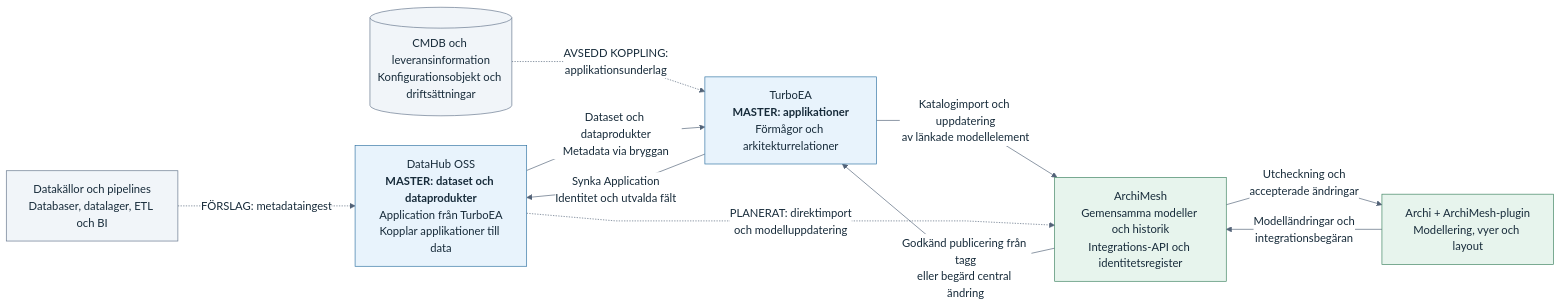
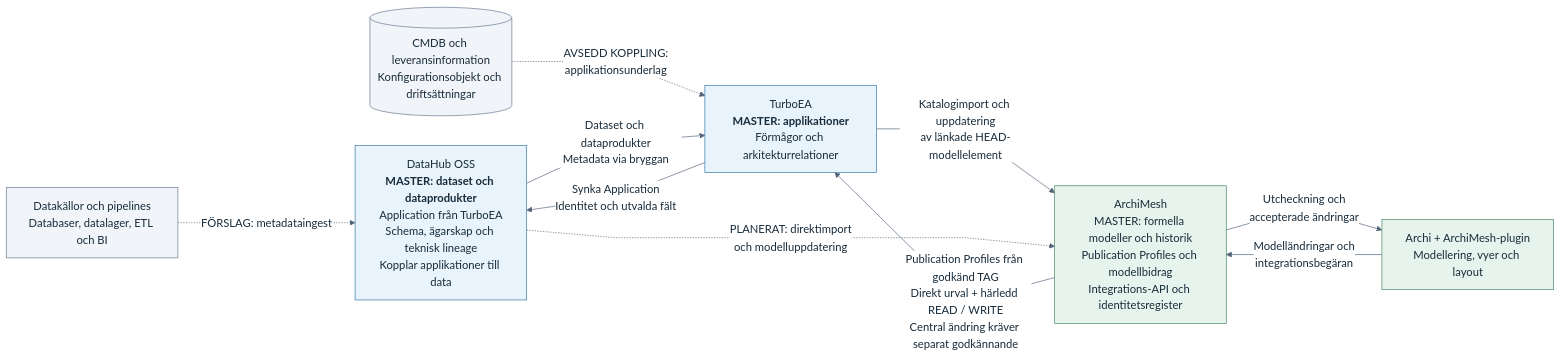
The diagram in docs/diagrams/ecosystem-dataflows.mmd (FrodeRanders/archimesh), drawn with Mermaid before and after one commit. The commit also changed 15 other files, not shown here.

Commit message:
Prepare complete Northstar demo with publication profiles and master-edit walkthrough

```diff
--- a/docs/diagrams/ecosystem-dataflows.mmd
+++ b/docs/diagrams/ecosystem-dataflows.mmd
@@ -1,28 +1,28 @@
 %%{init: {"theme": "base", "fontFamily": "Arial, Helvetica, sans-serif", "themeVariables": {"fontFamily": "Arial, Helvetica, sans-serif", "fontSize": "17px", "lineColor": "#526277", "primaryTextColor": "#172b3a", "edgeLabelBackground": "#ffffff"}, "flowchart": {"htmlLabels": true, "curve": "linear", "nodeSpacing": 45, "rankSpacing": 70}}}%%
 %% Logisk systemoversikt. Integrations-API och identitetsregister ags idag av ArchiMesh.
 %% Heldragen pil = implementerat flode, efter konfiguration/godkannande.
 %% Streckad pil = planerat flode eller avsedd/foreslagen koppling enligt etiketten.
 flowchart LR
     SRC["Datakällor och pipelines<br/>Databaser, datalager, ETL och BI"]
     CMDB[("CMDB och leveransinformation<br/>Konfigurationsobjekt och driftsättningar")]
-    DH["DataHub OSS<br/><b>MASTER: dataset och dataprodukter</b><br/>Application från TurboEA<br/>Kopplar applikationer till data"]
+    DH["DataHub OSS<br/><b>MASTER: dataset och dataprodukter</b><br/>Application från TurboEA<br/>Schema, ägarskap och teknisk lineage<br/>Kopplar applikationer till data"]
     TE["TurboEA<br/><b>MASTER: applikationer</b><br/>Förmågor och arkitekturrelationer"]
-    AM["ArchiMesh<br/>Gemensamma modeller och historik<br/>Integrations-API och identitetsregister"]
+    AM["ArchiMesh<br/>MASTER: formella modeller och historik<br/>Publication Profiles och modellbidrag<br/>Integrations-API och identitetsregister"]
     AR["Archi + ArchiMesh-plugin<br/>Modellering, vyer och layout"]
 
     SRC -.->|"FÖRSLAG: metadataingest"| DH
     CMDB -.->|"AVSEDD KOPPLING:<br/>applikationsunderlag"| TE
     DH -->|"Dataset och dataprodukter<br/>Metadata via bryggan"| TE
     TE -->|"Synka Application<br/>Identitet och utvalda fält"| DH
-    TE -->|"Katalogimport och uppdatering<br/>av länkade modellelement"| AM
-    AM -->|"Godkänd publicering från tagg<br/>eller begärd central ändring"| TE
+    TE -->|"Katalogimport och uppdatering<br/>av länkade HEAD-modellelement"| AM
+    AM -->|"Publication Profiles från godkänd TAG<br/>Direkt urval + härledd READ / WRITE<br/>Central ändring kräver separat godkännande"| TE
     DH -.->|"PLANERAT: direktimport<br/>och modelluppdatering"| AM
     AR -->|"Modelländringar och<br/>integrationsbegäran"| AM
     AM -->|"Utcheckning och<br/>accepterade ändringar"| AR
 
     classDef source fill:#f1f5f9,stroke:#64748b,color:#172b3a
     classDef catalog fill:#e8f3fc,stroke:#3173a3,color:#172b3a
     classDef modeling fill:#e7f4ed,stroke:#3d8260,color:#172b3a
     class SRC,CMDB source
     class DH,TE catalog
     class AM,AR modeling
```
